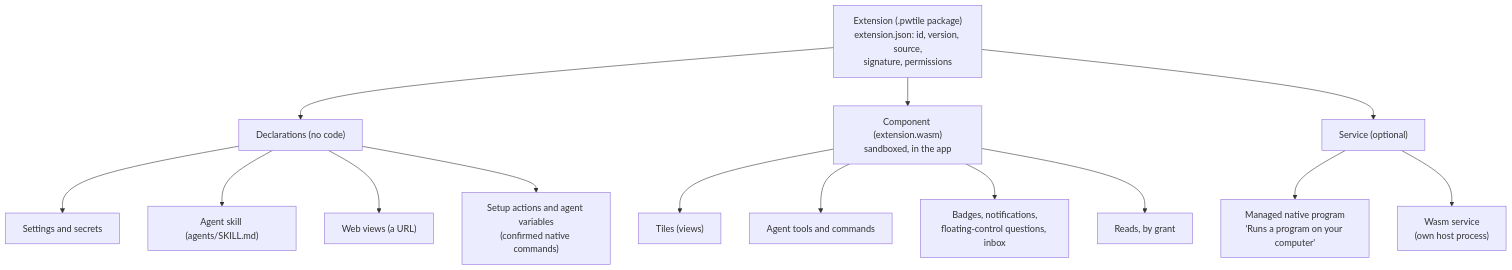
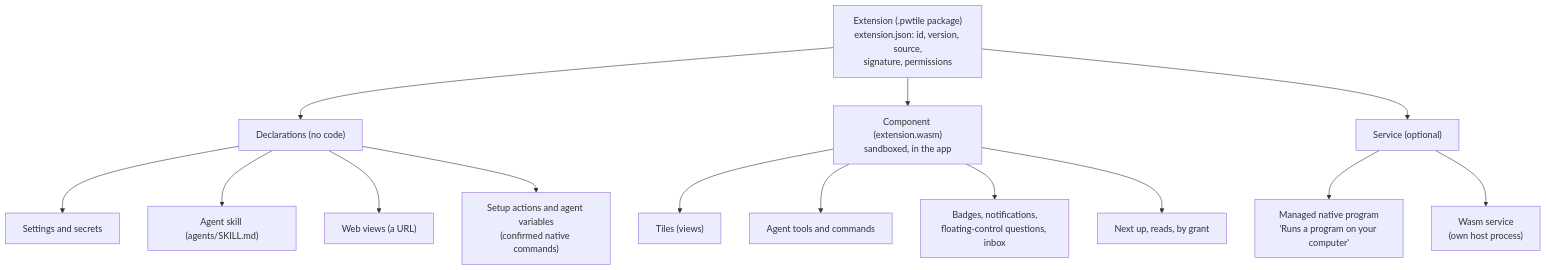
One commit to AleksandreJavakhishvili/pitwall changed the diagram in docs/spec/tile-sdk/extension-model.md. Above: the diagram before and after it, drawn with Mermaid. The commit also changed other lines of this file and 10 other files, not shown here.

````diff
--- a/docs/spec/tile-sdk/extension-model.md
+++ b/docs/spec/tile-sdk/extension-model.md
@@ -56,17 +55,17 @@
 ```mermaid
 flowchart TB
   E["Extension (.pwtile package)<br/>extension.json: id, version, source,<br/>signature, permissions"]
   E --> D["Declarations (no code)"]
   E --> C["Component (extension.wasm)<br/>sandboxed, in the app"]
   E --> S["Service (optional)"]
   D --> D1["Settings and secrets"]
   D --> D2["Agent skill (agents/SKILL.md)"]
   D --> D3["Web views (a URL)"]
   D --> D4["Setup actions and agent variables<br/>(confirmed native commands)"]
   C --> C1["Tiles (views)"]
   C --> C2["Agent tools and commands"]
   C --> C3["Badges, notifications,<br/>floating-control questions, inbox"]
-  C --> C4["Reads, by grant"]
+  C --> C4["Next up, reads, by grant"]
   S --> S1["Managed native program<br/>'Runs a program on your computer'"]
   S --> S2["Wasm service<br/>(own host process)"]
 ```
````
